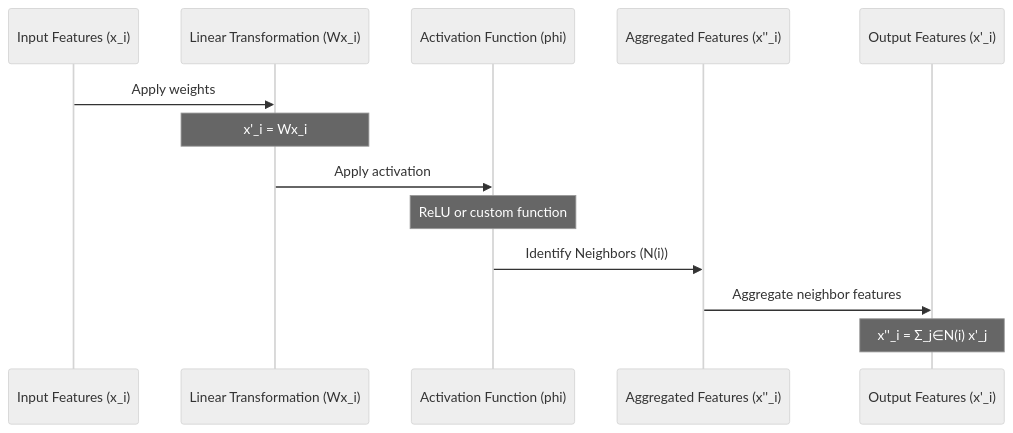
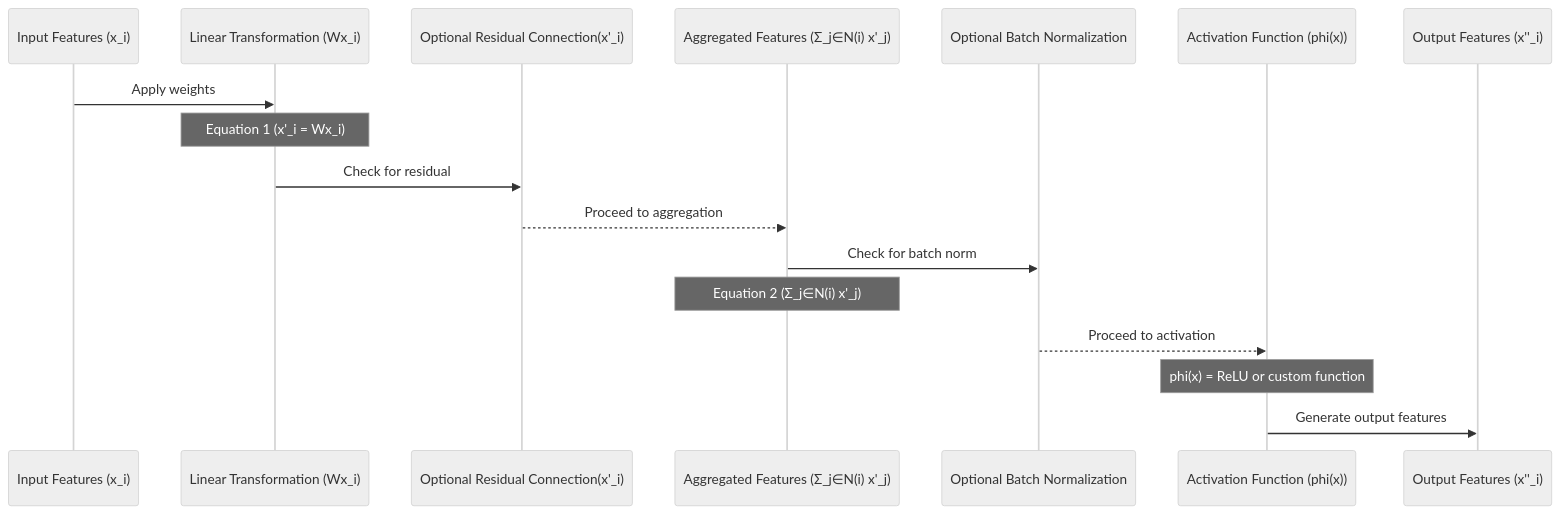
Before and after one commit to TrafficGCN/ST-GCN: the diagram in README.md, drawn with Mermaid (neutral theme). The commit also changed other lines of this file, not shown here.

````diff
--- a/README.md
+++ b/README.md
@@ -52,16 +52,21 @@
 ```mermaid
 sequenceDiagram
     participant Input as Input Features (x_i)
     participant Linear as Linear Transformation (Wx_i)
-    participant Activation as Activation Function (phi)
-    participant Aggregated as Aggregated Features (x''_i)
-    participant Output as Output Features (x'_i)
+    participant Residual as Optional Residual Connection(x'_i)
+    participant Aggregated as Aggregated Features (Σ_j∈N(i) x'_j)
+    participant BatchNorm as Optional Batch Normalization
+    participant Activation as Activation Function (phi(x))
+    participant Output as Output Features (x''_i)
 
     Input ->> Linear: Apply weights
-    Note over Linear: x'_i = Wx_i
-    Linear ->> Activation: Apply activation
-    Note over Activation: ReLU or custom function
-    Activation ->> Aggregated: Identify Neighbors (N(i))
-    Aggregated ->> Output: Aggregate neighbor features
-    Note over Output: x''_i = Σ_j∈N(i) x'_j
+    Note over Linear: Equation 1 (x'_i = Wx_i)
+    Linear ->> Residual: Check for residual
+    Residual -->> Aggregated: Proceed to aggregation
+    Aggregated ->> BatchNorm: Check for batch norm
+    Note over Aggregated: Equation 2 (Σ_j∈N(i) x'_j)
+    BatchNorm -->> Activation: Proceed to activation
+    Note over Activation: phi(x) = ReLU or custom function
+    Activation ->> Output: Generate output features
+
 ```
````
